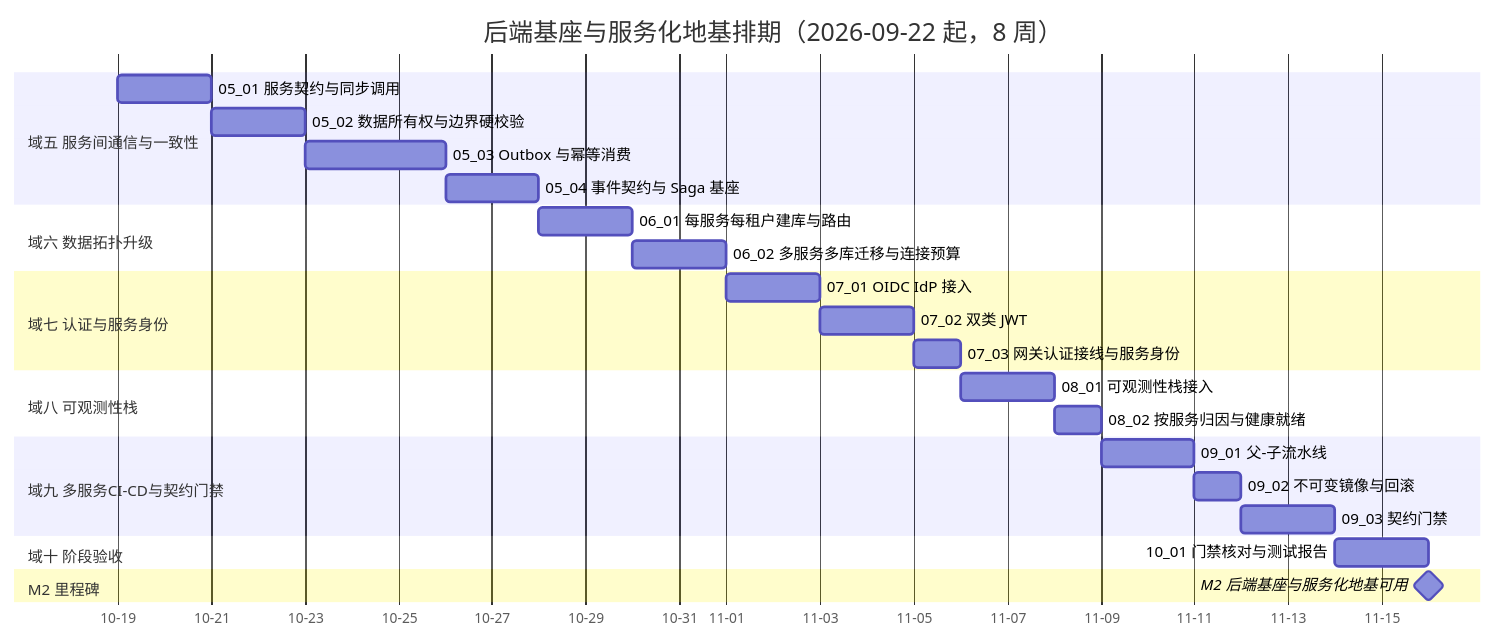
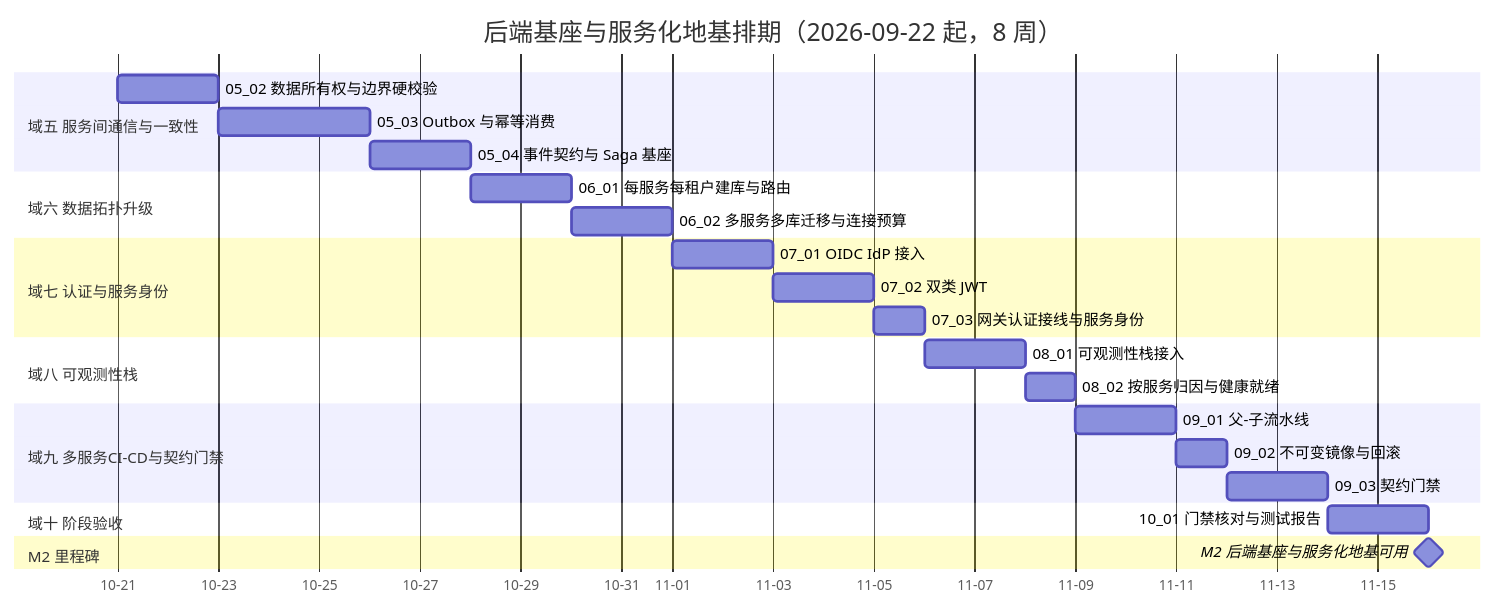
The diagram in bms文档/项目/02_后端基座与服务化地基/计划/01_计划_后端基座与服务化地基.md (minjian123/basic-management-system), drawn with Mermaid before and after one commit. The commit also changed other lines of this file and 6 other files, not shown here.

````diff
--- a/bms文档/项目/02_后端基座与服务化地基/计划/01_计划_后端基座与服务化地基.md
+++ b/bms文档/项目/02_后端基座与服务化地基/计划/01_计划_后端基座与服务化地基.md
@@ -57,29 +57,28 @@
 ```mermaid
 gantt
     title 后端基座与服务化地基排期（2026-09-22 起，8 周）
     dateFormat  YYYY-MM-DD
     axisFormat %m-%d
     section 域五 服务间通信与一致性
-    05_01 服务契约与同步调用 :a0501, 2026-10-19, 2d
-    05_02 数据所有权与边界硬校验 :a0502, after a0501, 2d
+    05_02 数据所有权与边界硬校验 :a0502, 2026-10-21, 2d
     05_03 Outbox 与幂等消费 :a0503, after a0502, 3d
     05_04 事件契约与 Saga 基座 :a0504, after a0503, 2d
     section 域六 数据拓扑升级
     06_01 每服务每租户建库与路由 :a0601, after a0504, 2d
     06_02 多服务多库迁移与连接预算 :a0602, after a0601, 2d
     section 域七 认证与服务身份
     07_01 OIDC IdP 接入 :a0701, after a0602, 2d
     07_02 双类 JWT :a0702, after a0701, 2d
     07_03 网关认证接线与服务身份 :a0703, after a0702, 1d
     section 域八 可观测性栈
     08_01 可观测性栈接入 :a0801, after a0703, 2d
     08_02 按服务归因与健康就绪 :a0802, after a0801, 1d
     section 域九 多服务CI-CD与契约门禁
     09_01 父-子流水线 :a0901, after a0802, 2d
     09_02 不可变镜像与回滚 :a0902, after a0901, 1d
     09_03 契约门禁 :a0903, after a0902, 2d
     section 域十 阶段验收
     10_01 门禁核对与测试报告 :a1001, after a0903, 2d
     section M2 里程碑
     M2 后端基座与服务化地基可用 :milestone, mm2, after a1001, 0d
 ```
````
